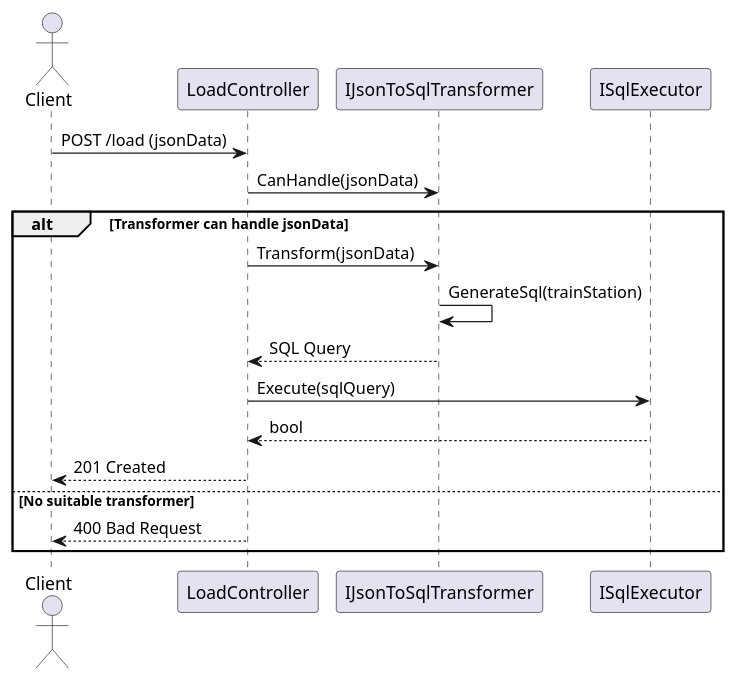
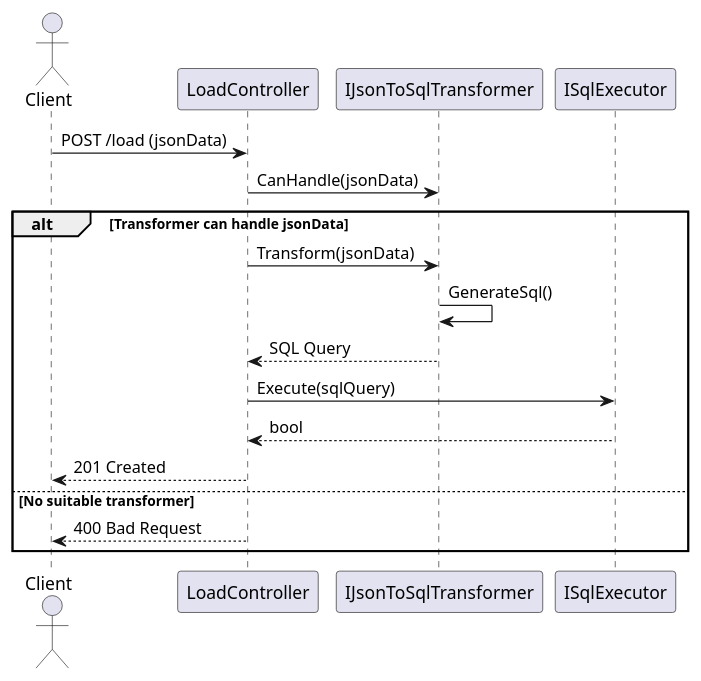
One commit to CPNV-ES-BI1-SBB/INTERNAL-SOURCE-LOAD changed the diagram in Sequence_Diagramme.puml. Above: the diagram before and after it, drawn with PlantUML.

Commit message:
doc: Update sequence diagram to reflect changes in GenerateSql method call

```diff
--- a/Sequence_Diagramme.puml
+++ b/Sequence_Diagramme.puml
@@ -1,24 +1,24 @@
 @startuml
 
 actor Client
 
 ' Define the controller and its collaborators
 participant "LoadController" as Controller
 participant "IJsonToSqlTransformer" as Transformer
 participant "ISqlExecutor" as Executor
 
 ' Sequence flow
 Client -> Controller : POST /load (jsonData)
 Controller -> Transformer : CanHandle(jsonData)
 alt Transformer can handle jsonData
     Controller -> Transformer : Transform(jsonData)
-    Transformer -> Transformer : GenerateSql(trainStation)
+    Transformer -> Transformer : GenerateSql()
     Transformer --> Controller : SQL Query
     Controller -> Executor : Execute(sqlQuery)
     Executor --> Controller : bool
     Controller --> Client : 201 Created
 else No suitable transformer
     Controller --> Client : 400 Bad Request
 end
 
 @enduml
```
